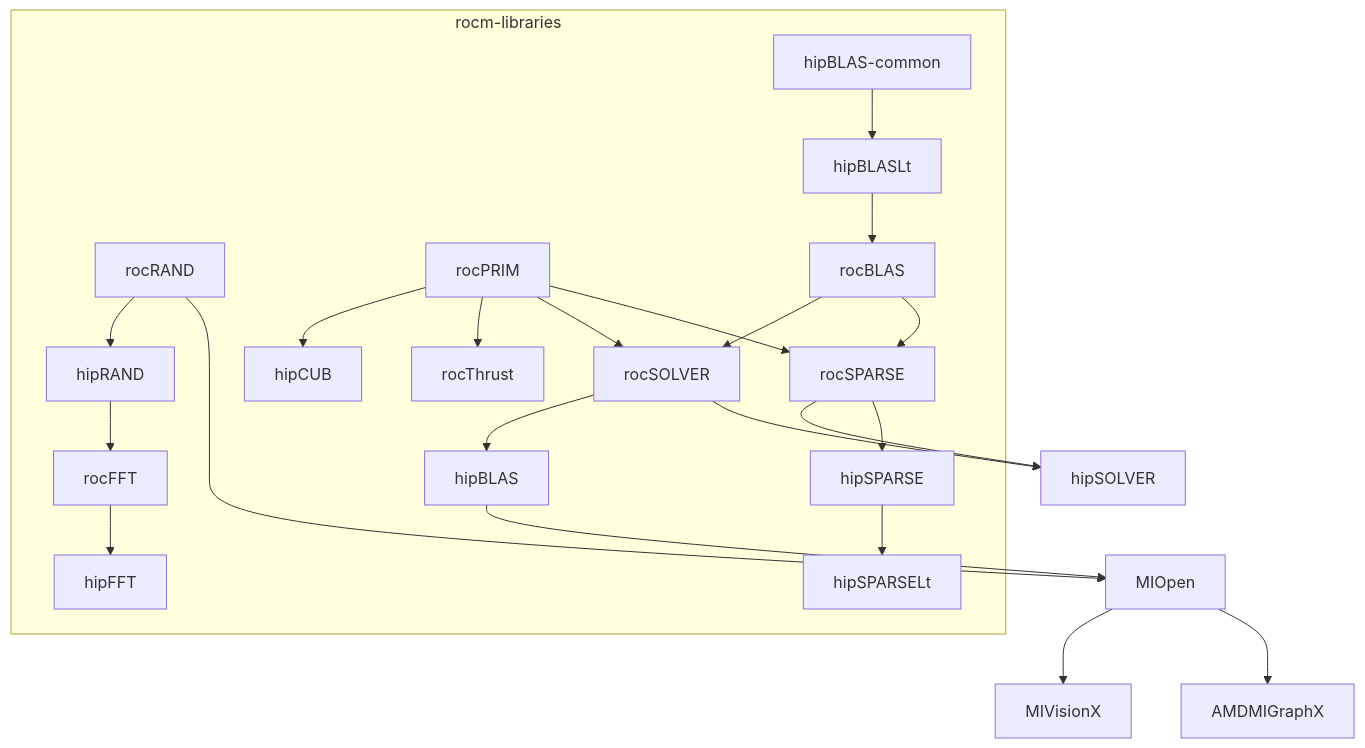
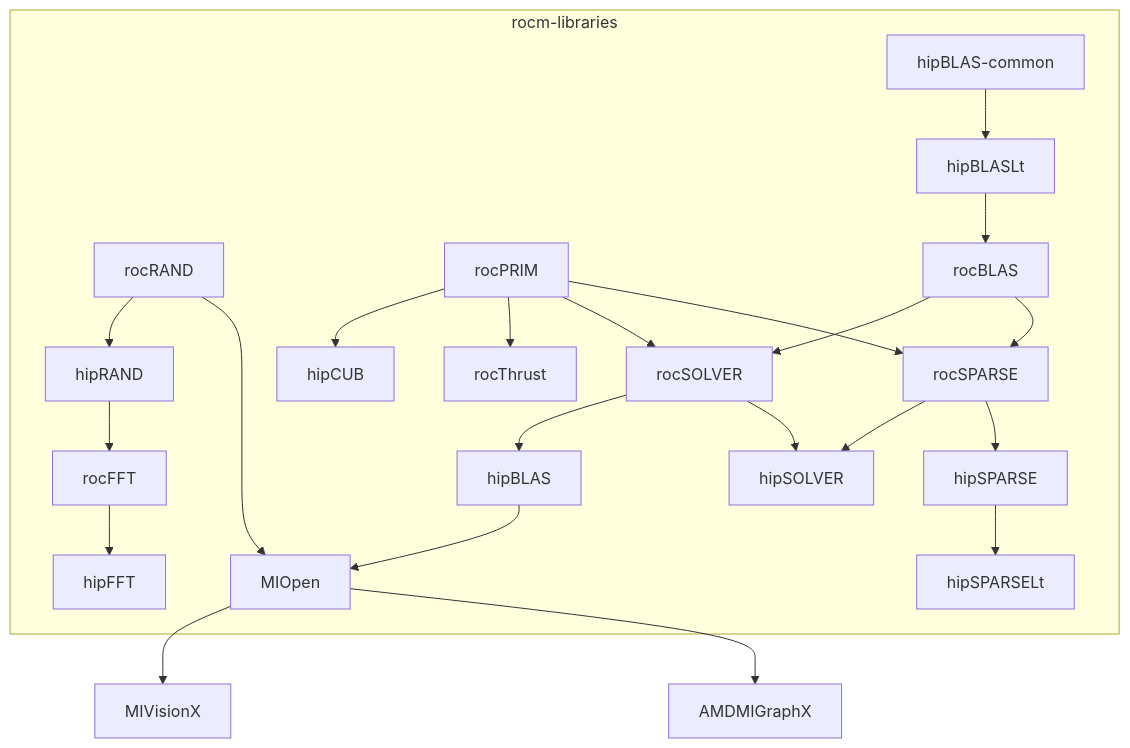
Before and after one commit to robotchaoX/rocm-libraries: the diagram in docs/continuous-integration.md, drawn with Mermaid.

Commit message:
add missing libs

````diff
--- a/docs/continuous-integration.md
+++ b/docs/continuous-integration.md
@@ -94,41 +94,43 @@
 ```mermaid
 graph TD;
   subgraph rocm-libraries
     rocRAND
     hipRAND
     rocFFT
     hipFFT
     rocPRIM
     hipCUB
     rocThrust
     hipBLAS-common
     hipBLASLt
     rocBLAS
     rocSOLVER
     rocSPARSE
     hipBLAS
+    hipSOLVER
     hipSPARSE
+    MIOpen
     hipSPARSELt
   end
 
   rocRAND-->hipRAND
   rocRAND-->MIOpen
   hipRAND-->rocFFT
   rocFFT-->hipFFT
   rocPRIM-->hipCUB
   rocPRIM-->rocThrust
   rocPRIM-->rocSOLVER
   rocPRIM-->rocSPARSE
   hipBLAS-common-->hipBLASLt
   hipBLASLt-->rocBLAS
   rocBLAS-->rocSOLVER
   rocBLAS-->rocSPARSE
   rocSOLVER-->hipBLAS
   rocSOLVER-->hipSOLVER
   rocSPARSE-->hipSOLVER
   rocSPARSE-->hipSPARSE
   hipBLAS-->MIOpen
   hipSPARSE-->hipSPARSELt
   MIOpen-->MIVisionX
   MIOpen-->AMDMIGraphX
 ```
````
